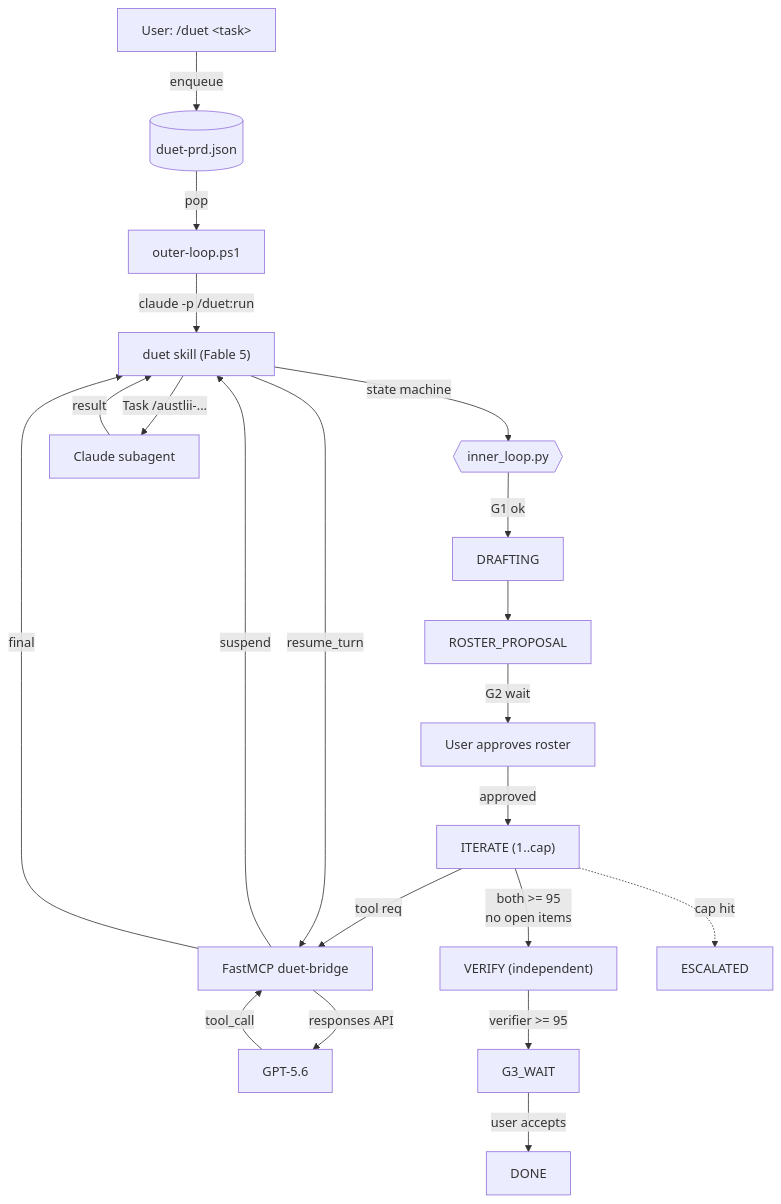
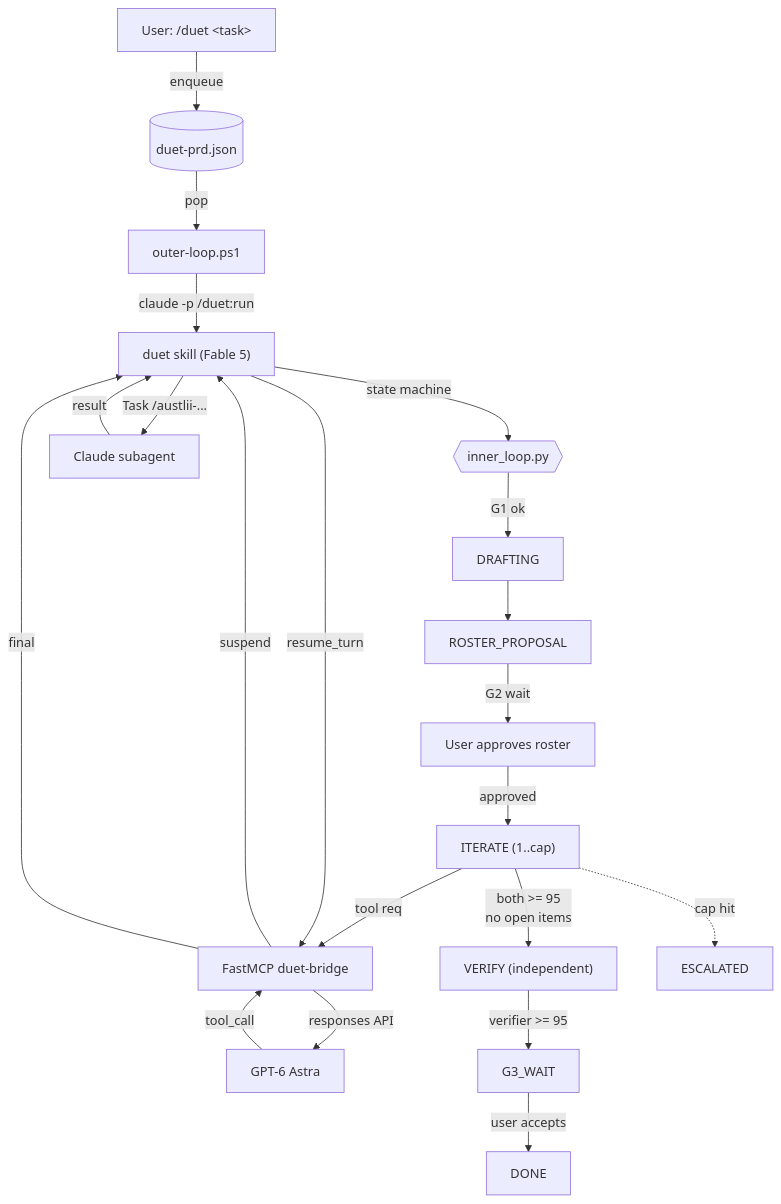
The diagram in README.md (acor8826/duet-build), drawn with Mermaid before and after one commit. The commit also changed other lines of this file and 15 other files, not shown here.

First line of the commit message:
Move partner model to gpt-6-astra; stop reporting throttles as credit stops

````diff
--- a/README.md
+++ b/README.md
@@ -24,23 +24,23 @@
 ```mermaid
 flowchart TB
     user["User: /duet &lt;task&gt;"] -->|enqueue| prd[("duet-prd.json")]
     prd -->|pop| outer["outer-loop.ps1"]
     outer -->|claude -p /duet:run| skill["duet skill (Fable 5)"]
     skill -->|state machine| sm{{"inner_loop.py"}}
     sm -->|G1 ok| draft["DRAFTING"]
     draft --> roster["ROSTER_PROPOSAL"]
     roster -->|G2 wait| user2["User approves roster"]
     user2 -->|approved| iter["ITERATE (1..cap)"]
     iter -->|tool req| bridge["FastMCP duet-bridge"]
-    bridge -->|responses API| gpt["GPT-5.6"]
+    bridge -->|responses API| gpt["GPT-6 Astra"]
     gpt -->|tool_call| bridge
     bridge -->|suspend| skill
     skill -->|Task /austlii-...| sub["Claude subagent"]
     sub -->|result| skill
     skill -->|resume_turn| bridge
     bridge -->|final| skill
     iter -->|both >= 95<br/>no open items| verify["VERIFY (independent)"]
     verify -->|verifier >= 95| g3["G3_WAIT"]
     g3 -->|user accepts| done["DONE"]
     iter -.->|cap hit| escal["ESCALATED"]
 ```
````
